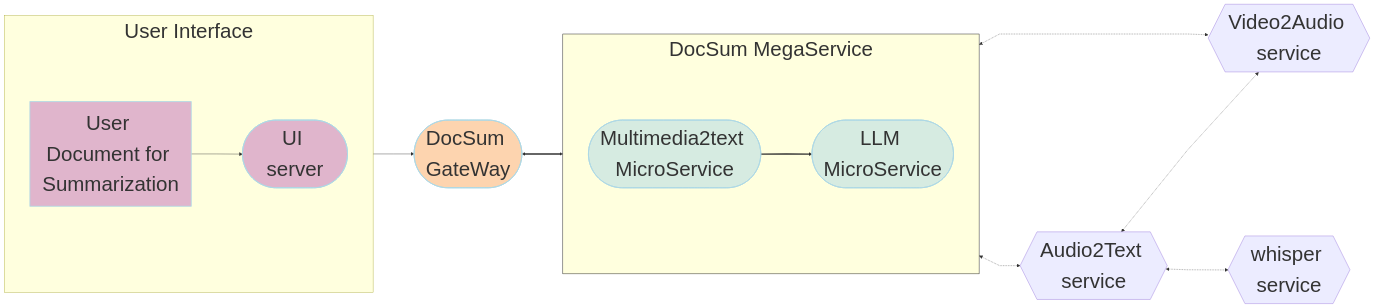
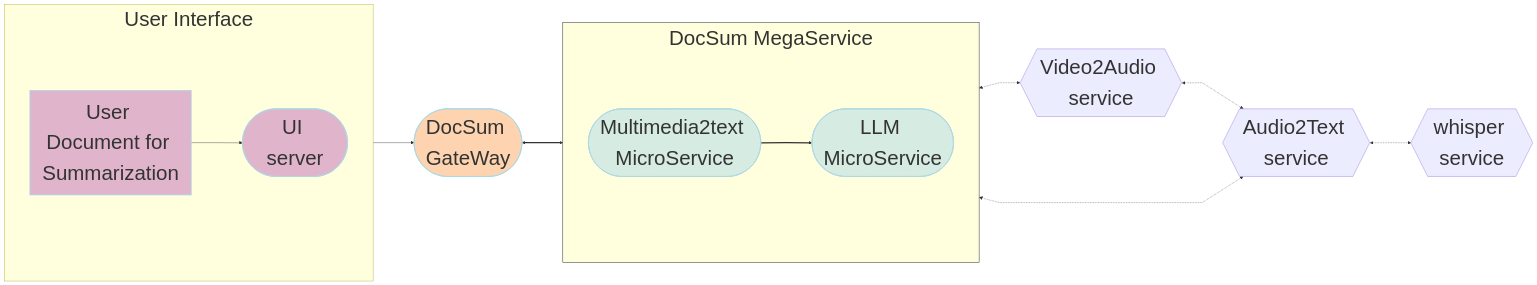
Before and after one commit to opea-project/GenAIExamples: the second of 2 diagrams in DocSum/README.md, drawn with Mermaid.

Commit message:
update read me file

````diff
--- a/DocSum/README.md
+++ b/DocSum/README.md
@@ -129,52 +129,52 @@
 ```mermaid
 ---
 config:
   flowchart:
     nodeSpacing: 400
     rankSpacing: 100
     curve: linear
   themeVariables:
     fontSize: 50px
 ---
 flowchart LR
     %% Colors %%
     classDef blue fill:#ADD8E6,stroke:#ADD8E6,stroke-width:2px,fill-opacity:0.5
     classDef orange fill:#FBAA60,stroke:#ADD8E6,stroke-width:2px,fill-opacity:0.5
     classDef orchid fill:#C26DBC,stroke:#ADD8E6,stroke-width:2px,fill-opacity:0.5
     classDef invisible fill:transparent,stroke:transparent;
     style DocSum-MegaService stroke:#000000
 
     %% Subgraphs %%
     subgraph DocSum-MegaService["DocSum MegaService "]
         direction LR
         M2T([Multimedia2text MicroService]):::blue
         LLM([LLM MicroService]):::blue
     end
     subgraph UserInterface[" User Interface "]
         direction LR
         a([User Input Query]):::orchid
         UI([UI server<br>]):::orchid
     end
 
 
     A2T_SRV{{Audio2Text service<br>}}
     V2A_SRV{{Video2Audio service<br>}}
     WSP_SRV{{whisper service<br>}}
     GW([DocSum GateWay<br>]):::orange
 
 
     %% Questions interaction
     direction LR
     a[User Document for Summarization] --> UI
     UI --> GW
     GW <==> DocSum-MegaService
     M2T ==> LLM
     
     %% Embedding service flow
     direction LR
     M2T <-.-> V2A_SRV
     M2T <-.-> A2T_SRV <-.-> WSP_SRV
-    A2T_SRV <-.-> V2A_SRV 
+    V2A_SRV <-.-> A2T_SRV 
     
 
 ```
````
